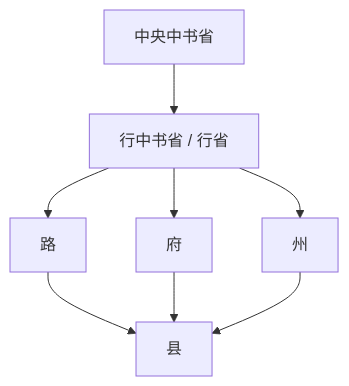
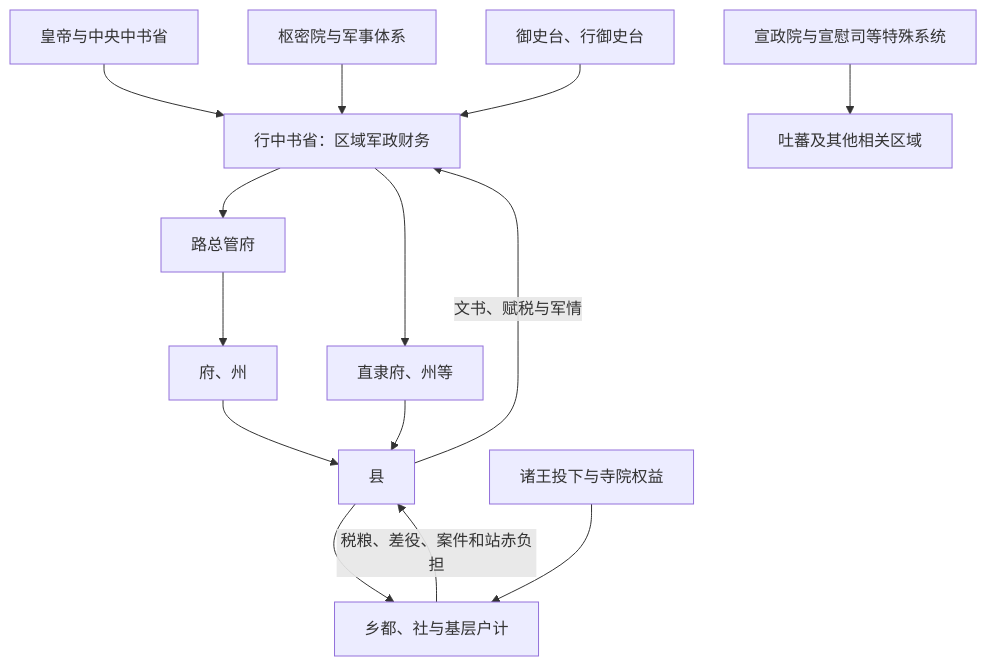
The diagram in 人文科学/历史/东亚/中国/_制度/地方行政区划/历代地方区划/元.md (tianlan-dev/learning-notes), drawn with Mermaid before and after one commit. The commit also changed other lines of this file and 1417 other files, not shown here.

````diff
--- a/人文科学/历史/东亚/中国/_制度/地方行政区划/历代地方区划/元.md
+++ b/人文科学/历史/东亚/中国/_制度/地方行政区划/历代地方区划/元.md
@@ -18,10 +22,16 @@
 ```mermaid
 flowchart TD
-    A["中央中书省"] --> B["行中书省 / 行省"]
-    B --> C["路"]
-    B --> D["府"]
-    B --> E["州"]
-    C --> F["县"]
-    D --> F
-    E --> F
+    E["皇帝与中央中书省"] --> X["行中书省：区域军政财务"]
+    M["枢密院与军事体系"] --> X
+    Y["御史台、行御史台"] --> X
+    X --> L["路总管府"]
+    X --> D["直隶府、州等"]
+    L --> F["府、州"]
+    F --> C["县"]
+    D --> C
+    C --> G["乡都、社与基层户计"]
+    G -->|税粮、差役、案件和站赤负担| C
+    C -->|文书、赋税与军情| X
+    P["宣政院与宣慰司等特殊系统"] --> R["吐蕃及其他相关区域"]
+    K["诸王投下与寺院权益"] --> G
 ```
````
